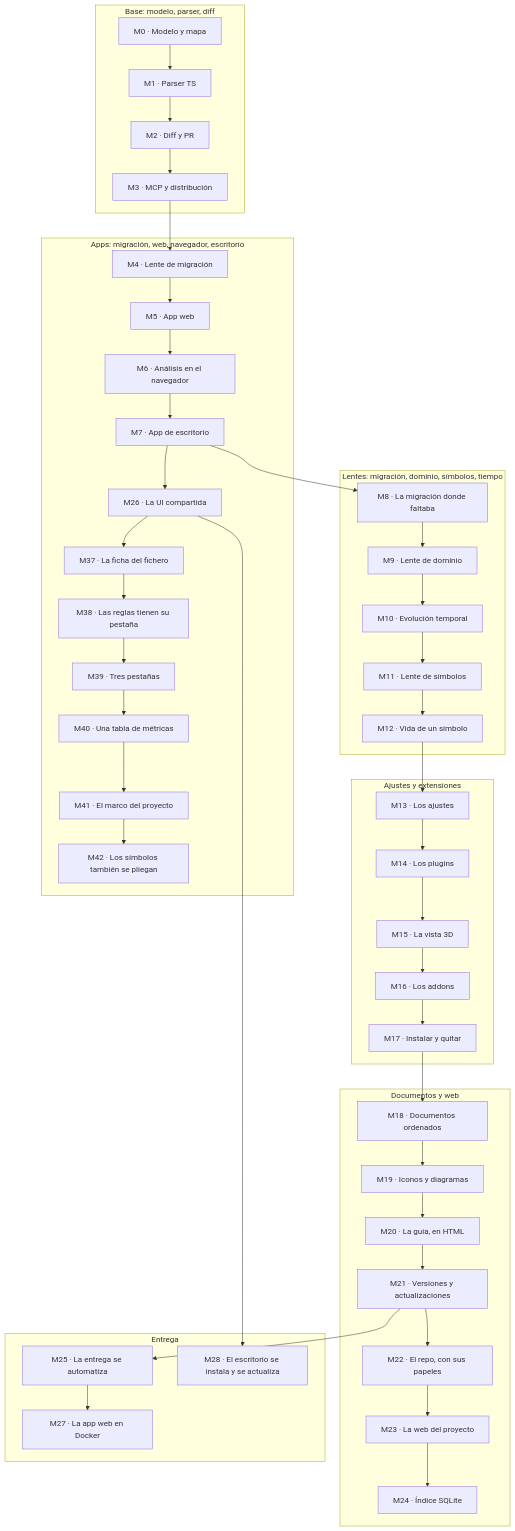
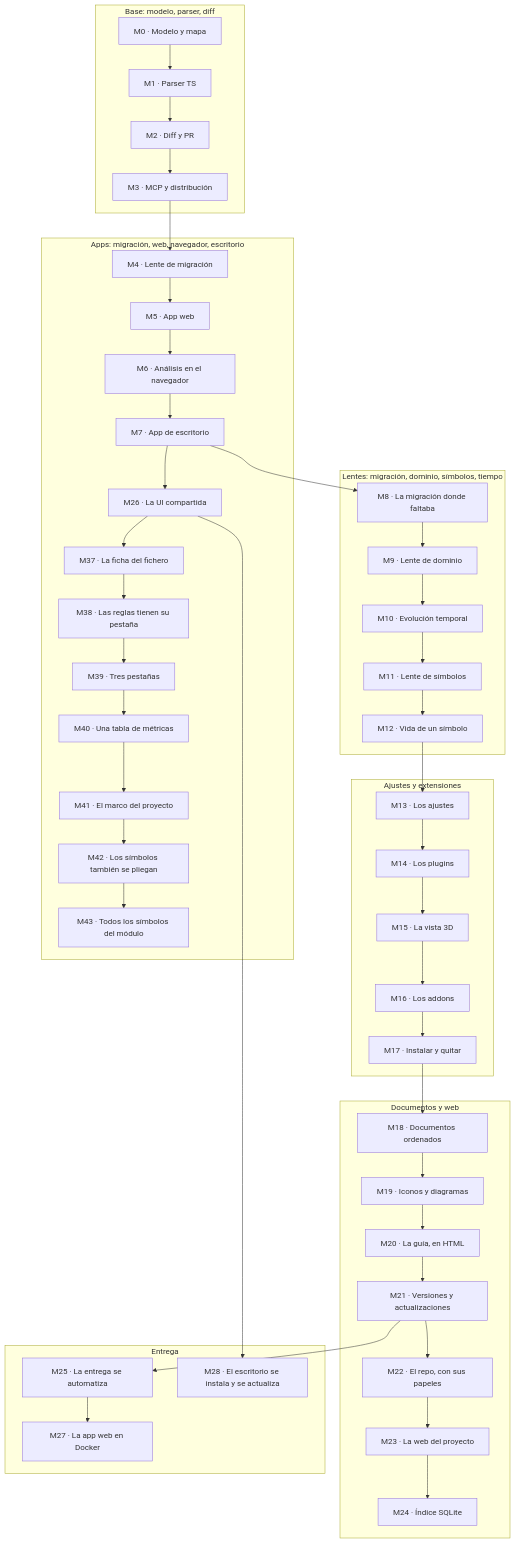
Before and after one commit to jaminsmoke/codarch: the diagram in apps/site/docs/adr/roadmap.md, drawn with Mermaid. The commit also changed other lines of this file and 7 other files, not shown here.

````diff
--- a/apps/site/docs/adr/roadmap.md
+++ b/apps/site/docs/adr/roadmap.md
@@ -38,50 +38,51 @@
 ```mermaid
 flowchart TD
   subgraph base["Base: modelo, parser, diff"]
     M0["M0 · Modelo y mapa"] --> M1["M1 · Parser TS"]
     M1 --> M2["M2 · Diff y PR"]
     M2 --> M3["M3 · MCP y distribución"]
   end
   subgraph apps["Apps: migración, web, navegador, escritorio"]
     M4["M4 · Lente de migración"] --> M5["M5 · App web"]
     M5 --> M6["M6 · Análisis en el navegador"]
     M6 --> M7["M7 · App de escritorio"]
     M7 --> M26["M26 · La UI compartida"]
     M26 --> M37["M37 · La ficha del fichero"]
     M37 --> M38["M38 · Las reglas tienen su pestaña"]
     M38 --> M39["M39 · Tres pestañas"]
     M39 --> M40["M40 · Una tabla de métricas"]
     M40 --> M41["M41 · El marco del proyecto"]
     M41 --> M42["M42 · Los símbolos también se pliegan"]
+    M42 --> M43["M43 · Todos los símbolos del módulo"]
   end
   subgraph lentes["Lentes: migración, dominio, símbolos, tiempo"]
     M8["M8 · La migración donde faltaba"] --> M9["M9 · Lente de dominio"]
     M9 --> M10["M10 · Evolución temporal"]
     M10 --> M11["M11 · Lente de símbolos"]
     M11 --> M12["M12 · Vida de un símbolo"]
   end
   subgraph ext["Ajustes y extensiones"]
     M13["M13 · Los ajustes"] --> M14["M14 · Los plugins"]
     M14 --> M15["M15 · La vista 3D"]
     M15 --> M16["M16 · Los addons"]
     M16 --> M17["M17 · Instalar y quitar"]
   end
   subgraph docs["Documentos y web"]
     M18["M18 · Documentos ordenados"] --> M19["M19 · Iconos y diagramas"]
     M19 --> M20["M20 · La guía, en HTML"]
     M20 --> M21["M21 · Versiones y actualizaciones"]
     M21 --> M22["M22 · El repo, con sus papeles"]
     M22 --> M23["M23 · La web del proyecto"]
     M23 --> M24["M24 · Índice SQLite"]
   end
   subgraph delivery["Entrega"]
     M25["M25 · La entrega se automatiza"]
     M25 --> M27["M27 · La app web en Docker"]
     M26 --> M28["M28 · El escritorio se instala y se actualiza"]
   end
   M3 --> M4
   M7 --> M8
   M12 --> M13
   M17 --> M18
   M21 --> M25
 ```
````
